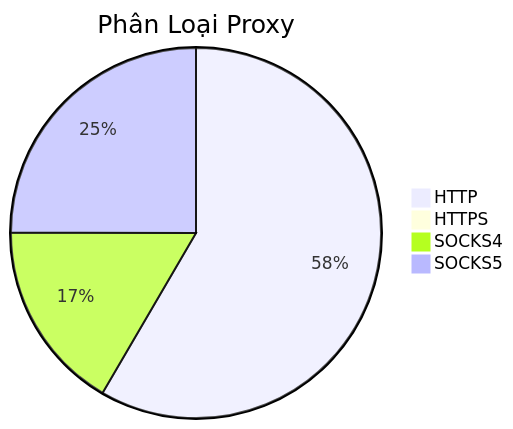
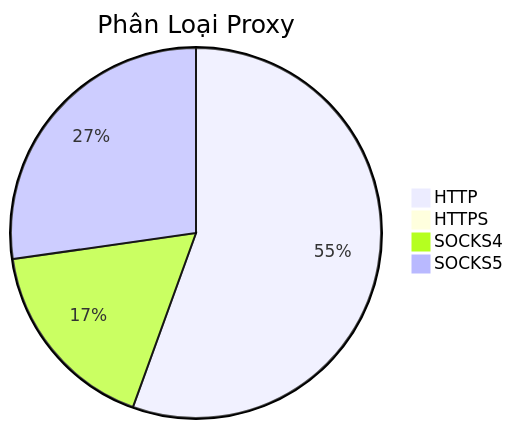
One commit to Ciara-12/PROXY-free changed the diagram in README.md. Above: the diagram before and after it, drawn with Mermaid. The commit also changed other lines of this file and 4 other files, not shown here.

````diff
--- a/README.md
+++ b/README.md
@@ -26,7 +26,7 @@
 ```mermaid
 pie title Phân Loại Proxy
-    "HTTP" : 781
-    "HTTPS" : 1
-    "SOCKS4" : 222
-    "SOCKS5" : 334
+    "HTTP" : 703
+    "HTTPS" : 3
+    "SOCKS4" : 218
+    "SOCKS5" : 345
 ```
````
